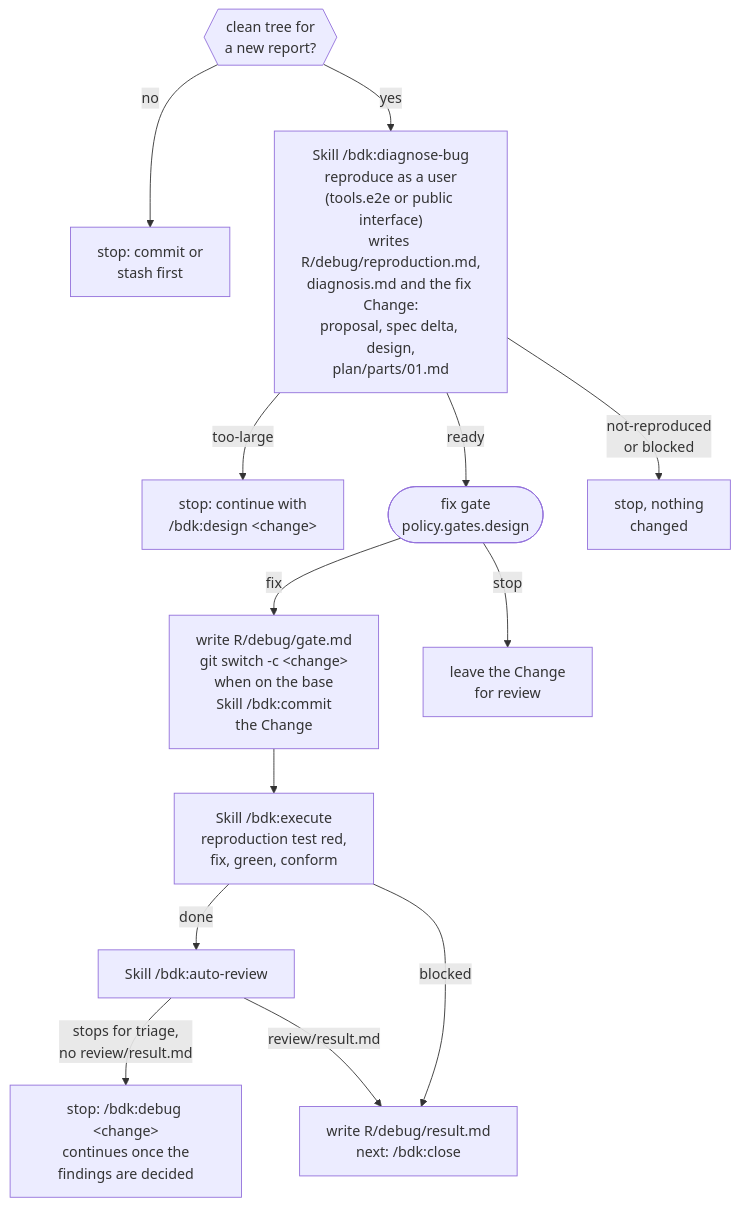
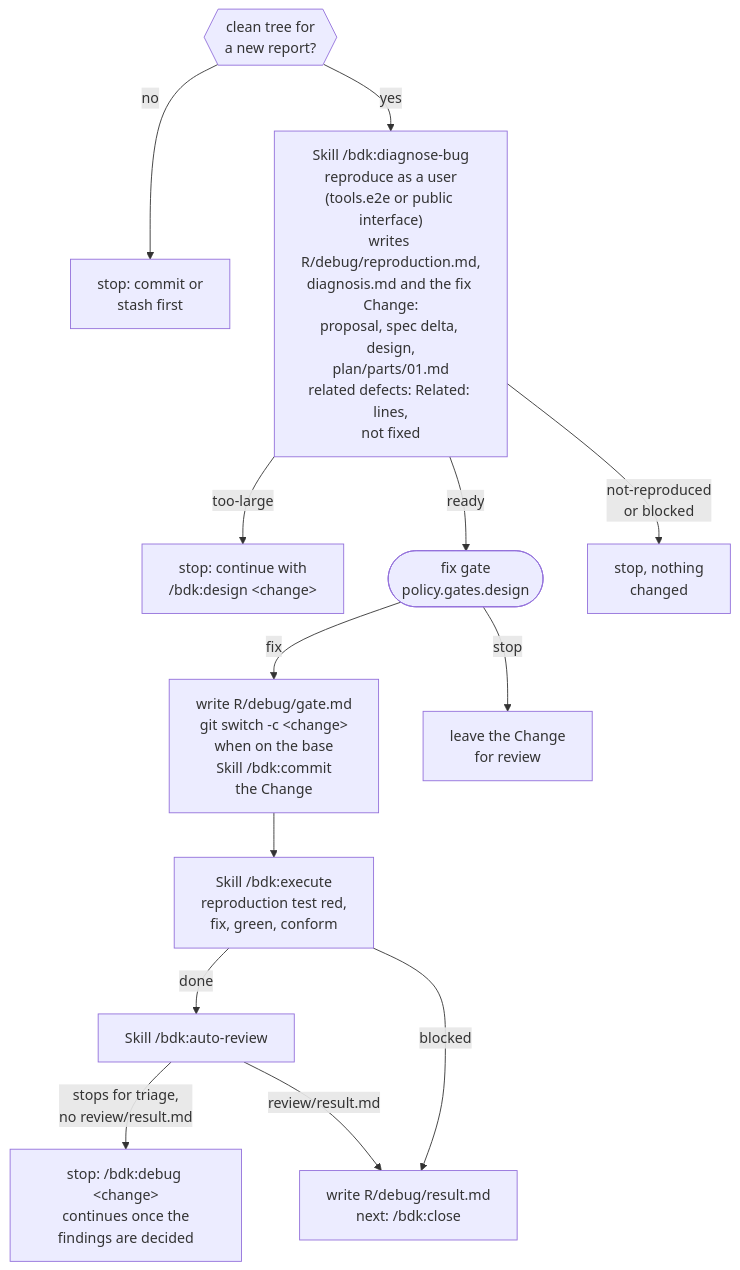
Diagram 15 of 16 in docs/concepts/orchestrators.md (broneq/bdk), drawn with Mermaid before and after one commit. The commit also changed other lines of this file and 19 other files, not shown here.

First line of the commit message:
fix(skills): name a related defect in diagnose-bug instead of fixing it

````diff
--- a/docs/concepts/orchestrators.md
+++ b/docs/concepts/orchestrators.md
@@ -363,16 +363,16 @@
 ```mermaid
 flowchart TB
   G0{{"clean tree for<br/>a new report?"}} -->|"no"| GS["stop: commit or<br/>stash first"]
   G0 -->|"yes"| G1
-  G1["Skill /bdk:diagnose-bug<br/>reproduce as a user<br/>(tools.e2e or public interface)<br/>writes R/debug/reproduction.md,<br/>diagnosis.md and the fix Change:<br/>proposal, spec delta, design,<br/>plan/parts/01.md"]
+  G1["Skill /bdk:diagnose-bug<br/>reproduce as a user<br/>(tools.e2e or public interface)<br/>writes R/debug/reproduction.md,<br/>diagnosis.md and the fix Change:<br/>proposal, spec delta, design,<br/>plan/parts/01.md<br/>related defects: Related: lines,<br/>not fixed"]
   G1 -->|"too-large"| GL["stop: continue with<br/>/bdk:design &lt;change&gt;"]
   G1 -->|"ready"| G2(["fix gate<br/>policy.gates.design"])
   G1 -->|"not-reproduced<br/>or blocked"| GX["stop, nothing<br/>changed"]
   G2 -->|"fix"| G3["write R/debug/gate.md<br/>git switch -c &lt;change&gt;<br/>when on the base<br/>Skill /bdk:commit<br/>the Change"]
   G2 -->|"stop"| GT["leave the Change<br/>for review"]
   G3 --> G4["Skill /bdk:execute<br/>reproduction test red,<br/>fix, green, conform"]
   G4 -->|"done"| G5["Skill /bdk:auto-review"]
   G4 -->|"blocked"| G6
   G5 -->|"stops for triage,<br/>no review/result.md"| GR["stop: /bdk:debug &lt;change&gt;<br/>continues once the<br/>findings are decided"]
   G5 -->|"review/result.md"| G6["write R/debug/result.md<br/>next: /bdk:close"]
 ```
````
